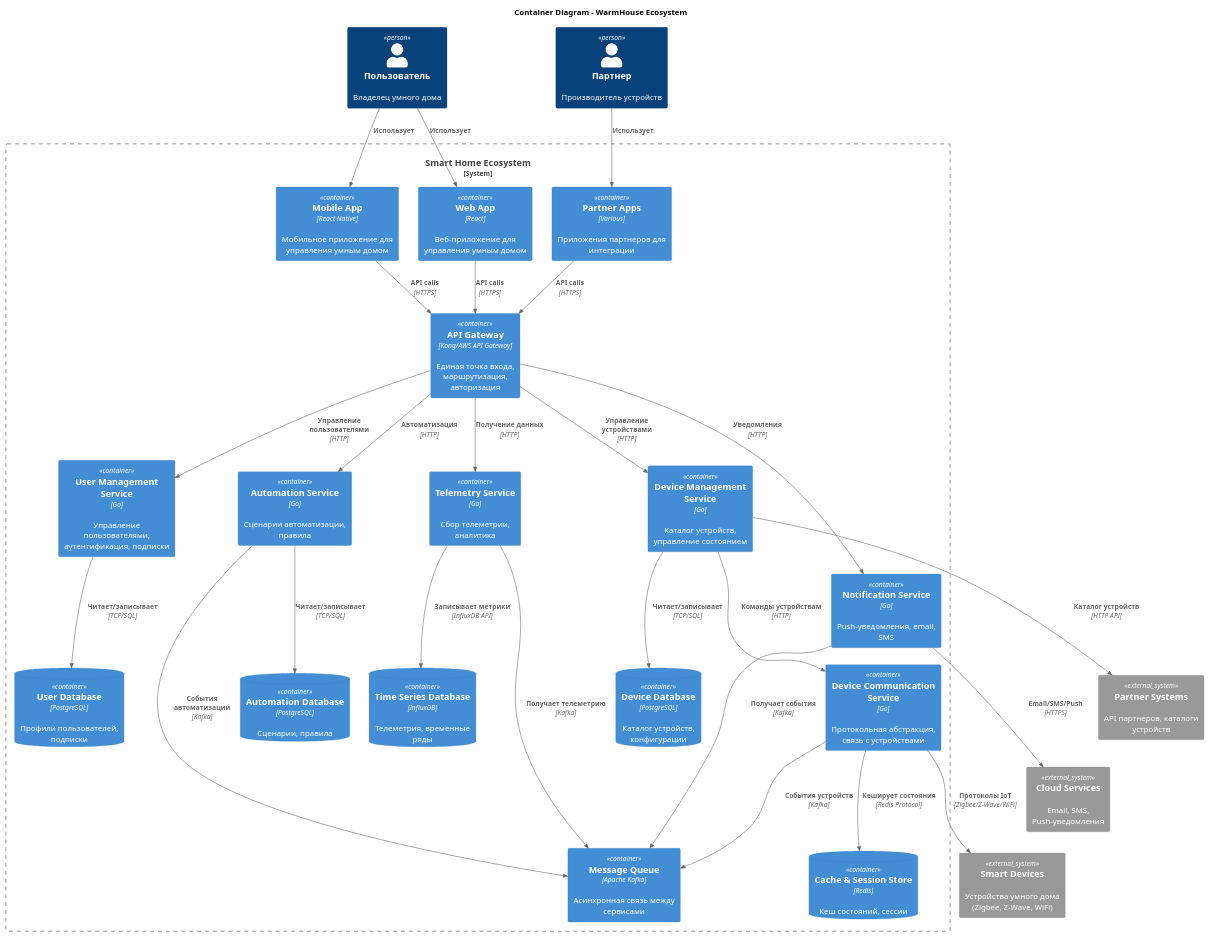
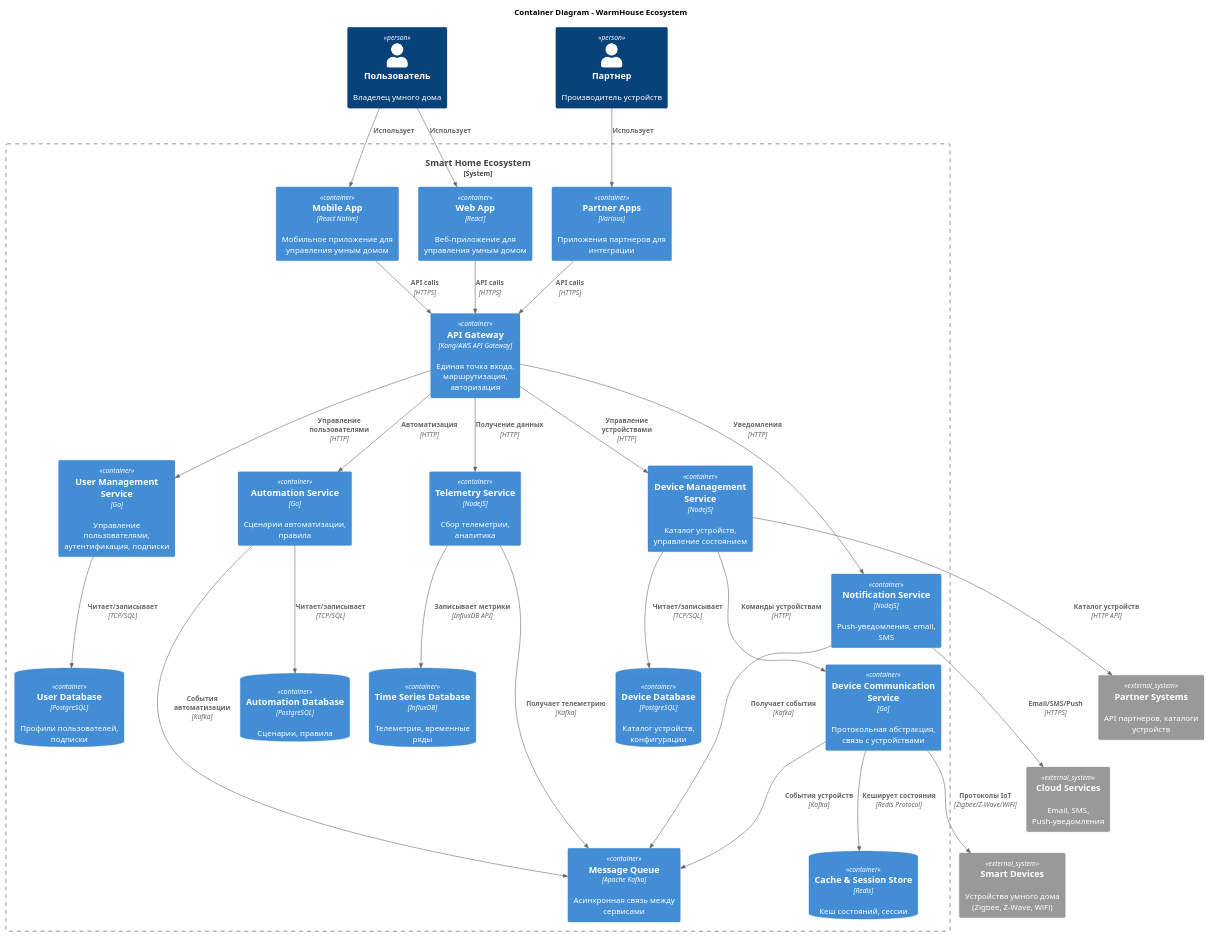
Before and after one commit to itallix/yp.arch.warmhouse: the diagram in diagrams/container/WH-MS-Container.puml, drawn with PlantUML. The commit also changed 12 other files, not shown here.

Commit message:
feat: implement device mgmt and telemetry services in nodejs + update docker-compose setup with additional resources

```diff
--- a/diagrams/container/WH-MS-Container.puml
+++ b/diagrams/container/WH-MS-Container.puml
@@ -1,72 +1,72 @@
 @startuml C4_Container_WarmHouse_Microservices
 !include https://raw.githubusercontent.com/plantuml-stdlib/C4-PlantUML/master/C4_Container.puml
 
 title Container Diagram - WarmHouse Ecosystem
 
 Person(customer, "Пользователь", "Владелец умного дома")
 Person(partner, "Партнер", "Производитель устройств")
 
 System_Boundary(smartHome, "Smart Home Ecosystem") {
     Container(mobileApp, "Mobile App", "React Native", "Мобильное приложение для управления умным домом")
     Container(webApp, "Web App", "React", "Веб-приложение для управления умным домом")
     Container(partnerApp, "Partner Apps", "Various", "Приложения партнеров для интеграции")
     
     Container(apiGateway, "API Gateway", "Kong/AWS API Gateway", "Единая точка входа, маршрутизация, авторизация")
     
     Container(userService, "User Management Service", "Go", "Управление пользователями, аутентификация, подписки")
-    Container(deviceService, "Device Management Service", "Go", "Каталог устройств, управление состоянием")
+    Container(deviceService, "Device Management Service", "NodeJS", "Каталог устройств, управление состоянием")
     Container(commService, "Device Communication Service", "Go", "Протокольная абстракция, связь с устройствами")
     Container(autoService, "Automation Service", "Go", "Сценарии автоматизации, правила")
-    Container(telemetryService, "Telemetry Service", "Go", "Сбор телеметрии, аналитика")
-    Container(notifyService, "Notification Service", "Go", "Push-уведомления, email, SMS")
+    Container(telemetryService, "Telemetry Service", "NodeJS", "Сбор телеметрии, аналитика")
+    Container(notifyService, "Notification Service", "NodeJS", "Push-уведомления, email, SMS")
     
     ContainerDb(userDb, "User Database", "PostgreSQL", "Профили пользователей, подписки")
     ContainerDb(deviceDb, "Device Database", "PostgreSQL", "Каталог устройств, конфигурации")
     ContainerDb(automationDb, "Automation Database", "PostgreSQL", "Сценарии, правила")
     ContainerDb(redis, "Cache & Session Store", "Redis", "Кеш состояний, сессии")
     ContainerDb(influxDb, "Time Series Database", "InfluxDB", "Телеметрия, временные ряды")
     
     Container(messageQueue, "Message Queue", "Apache Kafka", "Асинхронная связь между сервисами")
 }
 
 System_Ext(smartDevices, "Smart Devices", "Устройства умного дома (Zigbee, Z-Wave, WiFi)")
 System_Ext(partnerSystems, "Partner Systems", "API партнеров, каталоги устройств")
 System_Ext(cloudServices, "Cloud Services", "Email, SMS, Push-уведомления")
 
 ' Relationships - Client to Gateway
 Rel(customer, mobileApp, "Использует")
 Rel(customer, webApp, "Использует")
 Rel(partner, partnerApp, "Использует")
 
 Rel(mobileApp, apiGateway, "API calls", "HTTPS")
 Rel(webApp, apiGateway, "API calls", "HTTPS")
 Rel(partnerApp, apiGateway, "API calls", "HTTPS")
 
 ' Relationships - Gateway to Services
 Rel(apiGateway, userService, "Управление пользователями", "HTTP")
 Rel(apiGateway, deviceService, "Управление устройствами", "HTTP")
 Rel(apiGateway, autoService, "Автоматизация", "HTTP")
 Rel(apiGateway, telemetryService, "Получение данных", "HTTP")
 Rel(apiGateway, notifyService, "Уведомления", "HTTP")
 
 ' Relationships - Services to Databases
 Rel(userService, userDb, "Читает/записывает", "TCP/SQL")
 Rel(deviceService, deviceDb, "Читает/записывает", "TCP/SQL")
 Rel(autoService, automationDb, "Читает/записывает", "TCP/SQL")
 
 Rel(commService, redis, "Кеширует состояния", "Redis Protocol")
 Rel(telemetryService, influxDb, "Записывает метрики", "InfluxDB API")
 
 ' Relationships - Services communication
 Rel(deviceService, commService, "Команды устройствам", "HTTP")
 Rel(commService, messageQueue, "События устройств", "Kafka")
 Rel(autoService, messageQueue, "События автоматизации", "Kafka")
 Rel(telemetryService, messageQueue, "Получает телеметрию", "Kafka")
 Rel(notifyService, messageQueue, "Получает события", "Kafka")
 
 ' External connections
 Rel(commService, smartDevices, "Протоколы IoT", "Zigbee/Z-Wave/WiFi")
 Rel(deviceService, partnerSystems, "Каталог устройств", "HTTP API")
 Rel(notifyService, cloudServices, "Email/SMS/Push", "HTTPS")
 
 @enduml
```
